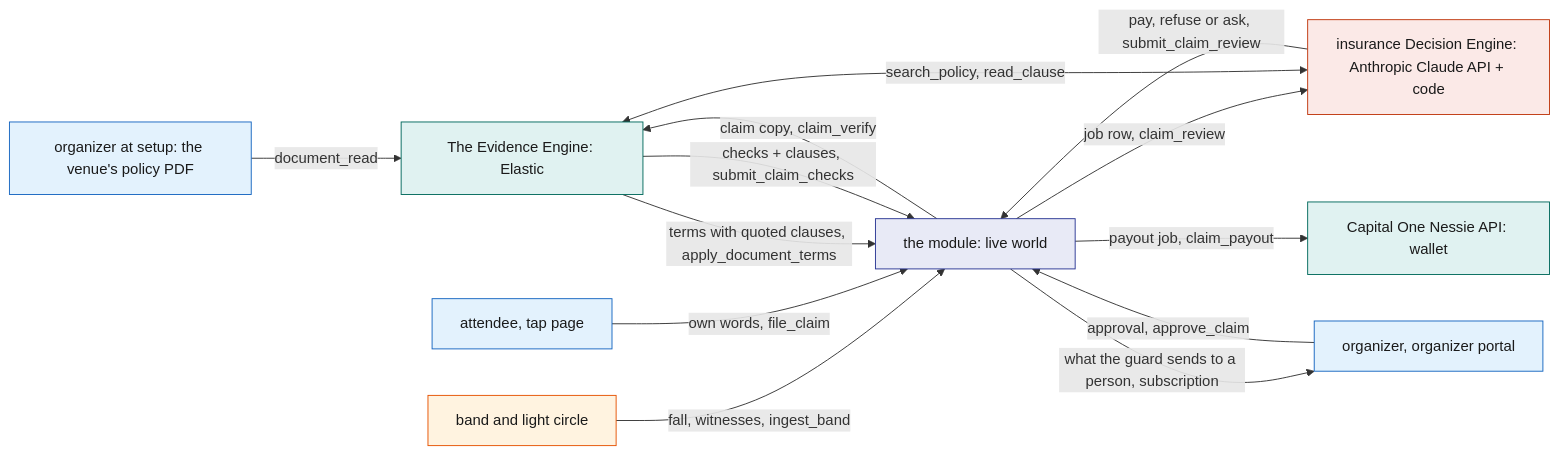
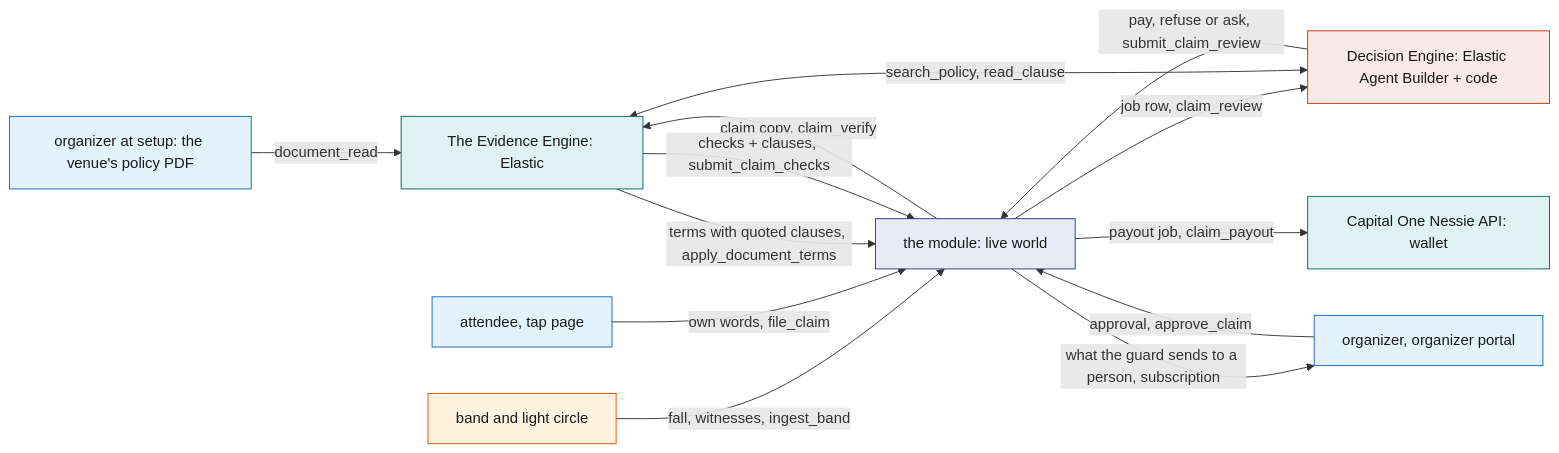
Before and after one commit to viktorinkov/cal-hacks-13: the diagram in System Design/1-overview/Sponsor-Tracks.md, drawn with Mermaid. The commit also changed other lines of this file and 50 other files, not shown here.

````diff
--- a/System Design/1-overview/Sponsor-Tracks.md
+++ b/System Design/1-overview/Sponsor-Tracks.md
@@ -21,25 +21,25 @@
 ```mermaid
 flowchart LR
   P["organizer at setup: the venue's policy PDF"] -->|"document_read"| E
   B["band and light circle"] -->|"fall, witnesses, ingest_band"| M["the module: live world"]
   A["attendee, tap page"] -->|"own words, file_claim"| M
-  M -->|"job row, claim_review"| D["insurance Decision Engine: Anthropic Claude API + code"]
+  M -->|"job row, claim_review"| D["Decision Engine: Elastic Agent Builder + code"]
   M -->|"claim copy, claim_verify"| E["The Evidence Engine: Elastic"]
   E -->|"terms with quoted clauses, apply_document_terms"| M
   E -->|"checks + clauses, submit_claim_checks"| M
   D <-->|"search_policy, read_clause"| E
   D -->|"pay, refuse or ask, submit_claim_review"| M
   M -->|"what the guard sends to a person, subscription"| O["organizer, organizer portal"]
   O -->|"approval, approve_claim"| M
   M -->|"payout job, claim_payout"| N["Capital One Nessie API: wallet"]
   classDef device fill:#FFF3E0,stroke:#E65100,color:#1A1A1A
   classDef stdb fill:#E8EAF6,stroke:#283593,color:#1A1A1A
   classDef web fill:#E3F2FD,stroke:#1565C0,color:#1A1A1A
   classDef ext fill:#E0F2F1,stroke:#00695C,color:#1A1A1A
   classDef rust fill:#FBE9E7,stroke:#BF360C,color:#1A1A1A
   class B device
   class M stdb
   class A,O,P web
   class E,N ext
   class D rust
 ```
````
